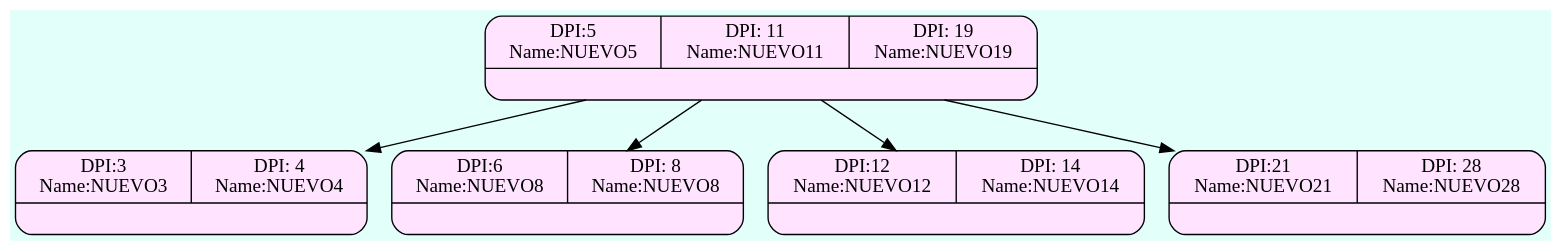
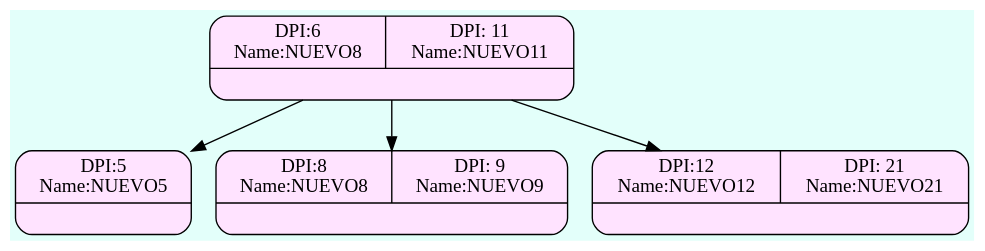
One commit to Serch-ING/EDD_UDRAWING_202000119 changed the diagram in FASE 2/Grafico/Admin_Btree_Clients.dot. Above: the diagram before and after it, drawn with Graphviz. The commit also changed 4 other files, not shown here.

```diff
--- a/FASE 2/Grafico/Admin_Btree_Clients.dot
+++ b/FASE 2/Grafico/Admin_Btree_Clients.dot
@@ -1,14 +1,12 @@
 digraph structs {
   bgcolor = "#E3FFFA"
  node [shape=Mrecord fillcolor="#FFE3FF" style =filled];
-struct1143935714[label="{{DPI:5\nName:NUEVO5|DPI: 11\nName:NUEVO11|DPI: 19\nName:NUEVO19}|<here>}"];
-struct1504750279[label="{{DPI:3\nName:NUEVO3|DPI: 4\nName:NUEVO4}|<here>}"];
-struct393914336[label="{{DPI:6\nName:NUEVO8|DPI: 8\nName:NUEVO8}|<here>}"];
-struct746869395[label="{{DPI:12\nName:NUEVO12|DPI: 14\nName:NUEVO14}|<here>}"];
-struct268496355[label="{{DPI:21\nName:NUEVO21|DPI: 28\nName:NUEVO28}|<here>}"];
+struct1476160390[label="{{DPI:6\nName:NUEVO8|DPI: 11\nName:NUEVO11}|<here>}"];
+struct596212865[label="{{DPI:5\nName:NUEVO5}|<here>}"];
+struct1108291931[label="{{DPI:8\nName:NUEVO8|DPI: 9\nName:NUEVO9}|<here>}"];
+struct188244280[label="{{DPI:12\nName:NUEVO12|DPI: 21\nName:NUEVO21}|<here>}"];
 
-struct1143935714->struct1504750279;
-struct1143935714->struct393914336;
-struct1143935714->struct746869395;
-struct1143935714->struct268496355;
+struct1476160390->struct596212865;
+struct1476160390->struct1108291931;
+struct1476160390->struct188244280;
 }
```
